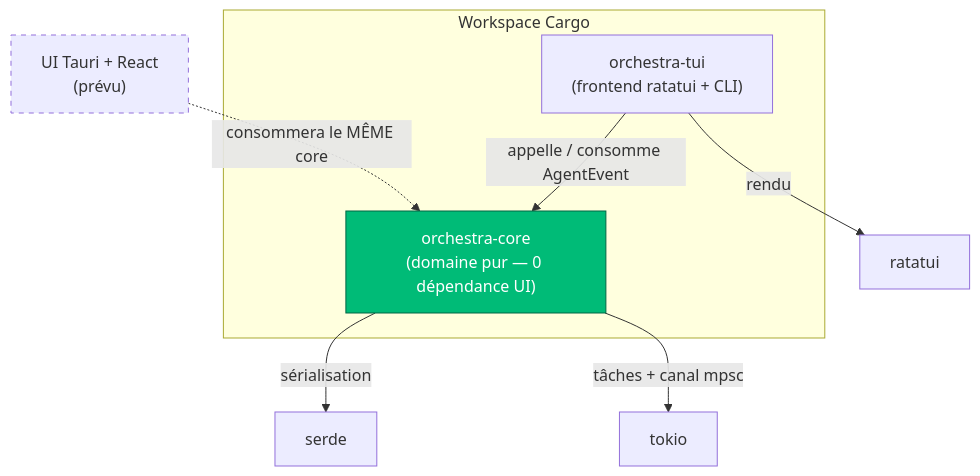
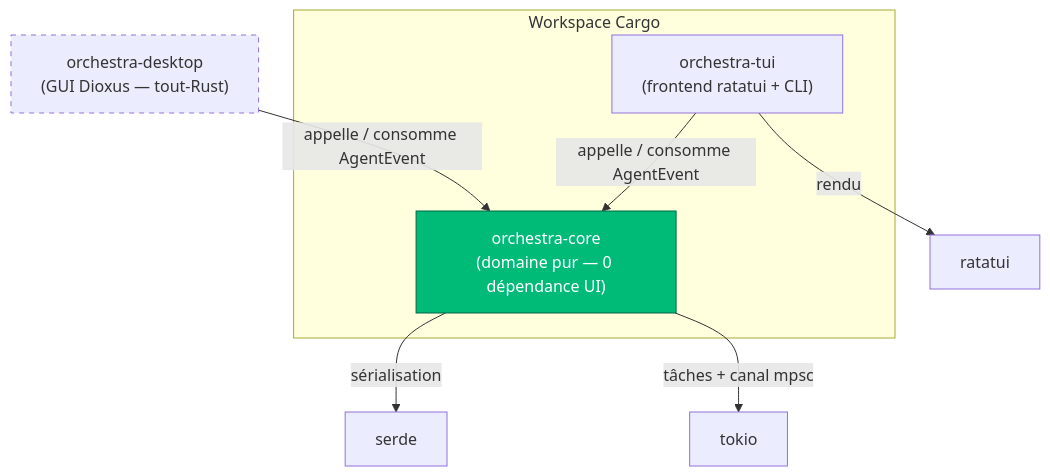
Before and after one commit to maximelarrieu/orchestra-ide: the first of 7 diagrams in docs/ARCHITECTURE.md, drawn with Mermaid. The commit also changed other lines of this file and 23 other files, not shown here.

First line of the commit message:
feat(desktop): GUI bureau Dioxus + parité fonctionnelle avec le TUI (#16)

````diff
--- a/docs/ARCHITECTURE.md
+++ b/docs/ARCHITECTURE.md
@@ -21,15 +21,15 @@
 ```mermaid
 graph TD
     subgraph workspace[Workspace Cargo]
         core["orchestra-core<br/>(domaine pur — 0 dépendance UI)"]
         tui["orchestra-tui<br/>(frontend ratatui + CLI)"]
     end
     tui -->|appelle / consomme AgentEvent| core
     tui -->|rendu| ratatui
     core -->|sérialisation| serde
     core -->|tâches + canal mpsc| tokio
-    future["UI Tauri + React<br/>(prévu)"] -.->|consommera le MÊME core| core
+    desktop["orchestra-desktop<br/>(GUI Dioxus — tout-Rust)"] -->|appelle / consomme AgentEvent| core
 
     style core fill:#0b7,stroke:#064,color:#fff
-    style future stroke-dasharray: 5 5
+    style desktop stroke-dasharray: 5 5
 ```
````
